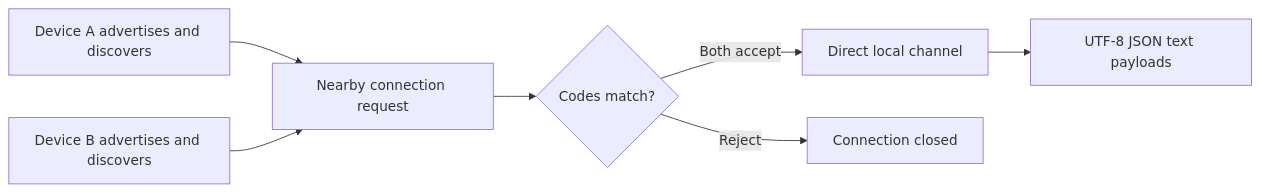
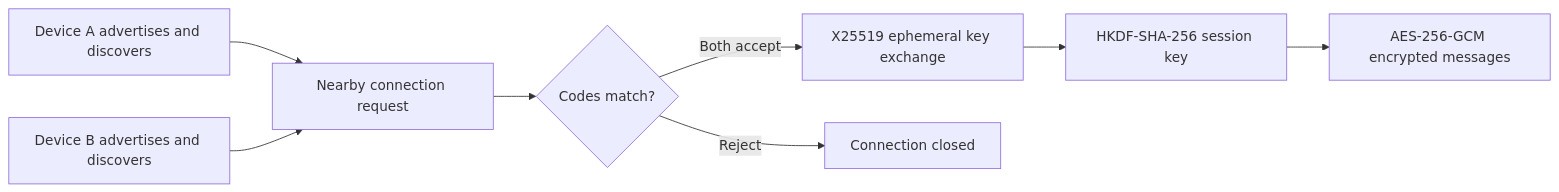
The diagram in README.md (v1dalhernan/message_blue), drawn with Mermaid before and after one commit. The commit also changed other lines of this file and 16 other files, not shown here.

````diff
--- a/README.md
+++ b/README.md
@@ -20,9 +22,10 @@
 ```mermaid
 flowchart LR
     A[Device A advertises and discovers] --> C[Nearby connection request]
     B[Device B advertises and discovers] --> C
     C --> D{Codes match?}
-    D -->|Both accept| E[Direct local channel]
+    D -->|Both accept| E[X25519 ephemeral key exchange]
     D -->|Reject| F[Connection closed]
-    E --> G[UTF-8 JSON text payloads]
+    E --> G[HKDF-SHA-256 session key]
+    G --> H[AES-256-GCM encrypted messages]
 ```
````
